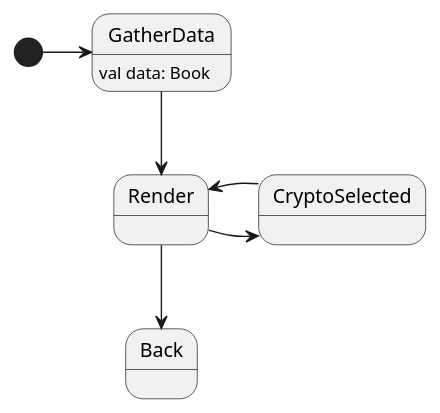
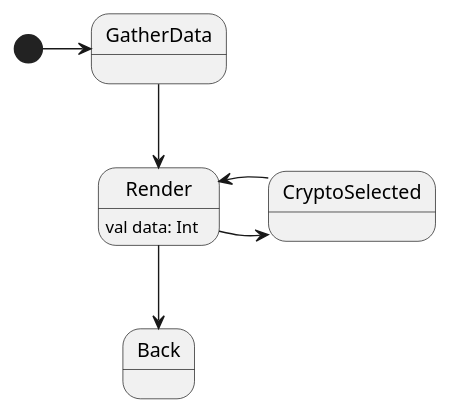
Before and after one commit to huntj88/Flow: the diagram in app/src/main/java/me/jameshunt/flow3/summary/Summary.puml, drawn with PlantUML. The commit also changed 3 other files, not shown here.

```diff
--- a/app/src/main/java/me/jameshunt/flow3/summary/Summary.puml
+++ b/app/src/main/java/me/jameshunt/flow3/summary/Summary.puml
@@ -1,11 +1,11 @@
 @startuml
 
-GatherData : val data: Book
+Render : val data: Int
 
 [*] -> GatherData
 GatherData --> Render
 Render --> Back
 Render -> CryptoSelected
 CryptoSelected -> Render
 
 @enduml
```
